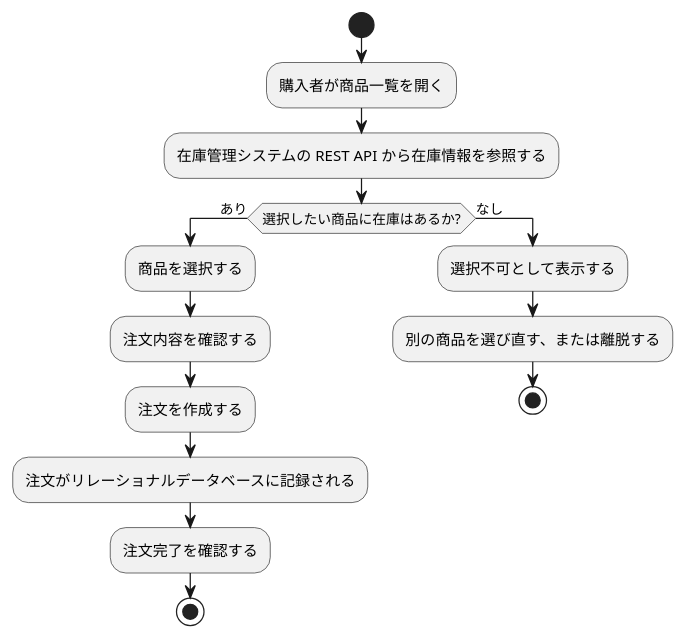
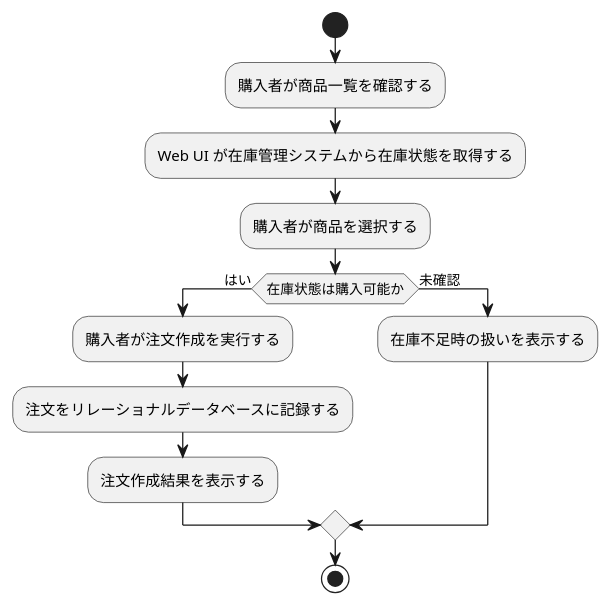
The diagram in examples/02-inception-completed/aidlc/spaces/default/intents/260703-minimum-purchase-flow/ideation/rough-mockups/user-flow.md (amadeus-dlc/amadeus), drawn with PlantUML before and after one commit. The commit also changed other lines of this file and 288 other files, not shown here.

````diff
--- a/examples/02-inception-completed/aidlc/spaces/default/intents/260703-minimum-purchase-flow/ideation/rough-mockups/user-flow.md
+++ b/examples/02-inception-completed/aidlc/spaces/default/intents/260703-minimum-purchase-flow/ideation/rough-mockups/user-flow.md
@@ -8,19 +8,16 @@
 ```plantuml
 @startuml
 start
-:購入者が商品一覧を開く;
-:在庫管理システムの REST API から在庫情報を参照する;
-if (選択したい商品に在庫はあるか?) then (あり)
-  :商品を選択する;
-  :注文内容を確認する;
-  :注文を作成する;
-  :注文がリレーショナルデータベースに記録される;
-  :注文完了を確認する;
-  stop
-else (なし)
-  :選択不可として表示する;
-  :別の商品を選び直す、または離脱する;
-  stop
+:購入者が商品一覧を確認する;
+:Web UI が在庫管理システムから在庫状態を取得する;
+:購入者が商品を選択する;
+if (在庫状態は購入可能か) then (はい)
+  :購入者が注文作成を実行する;
+  :注文をリレーショナルデータベースに記録する;
+  :注文作成結果を表示する;
+else (未確認)
+  :在庫不足時の扱いを表示する;
 endif
+stop
 @enduml
 ```
````
